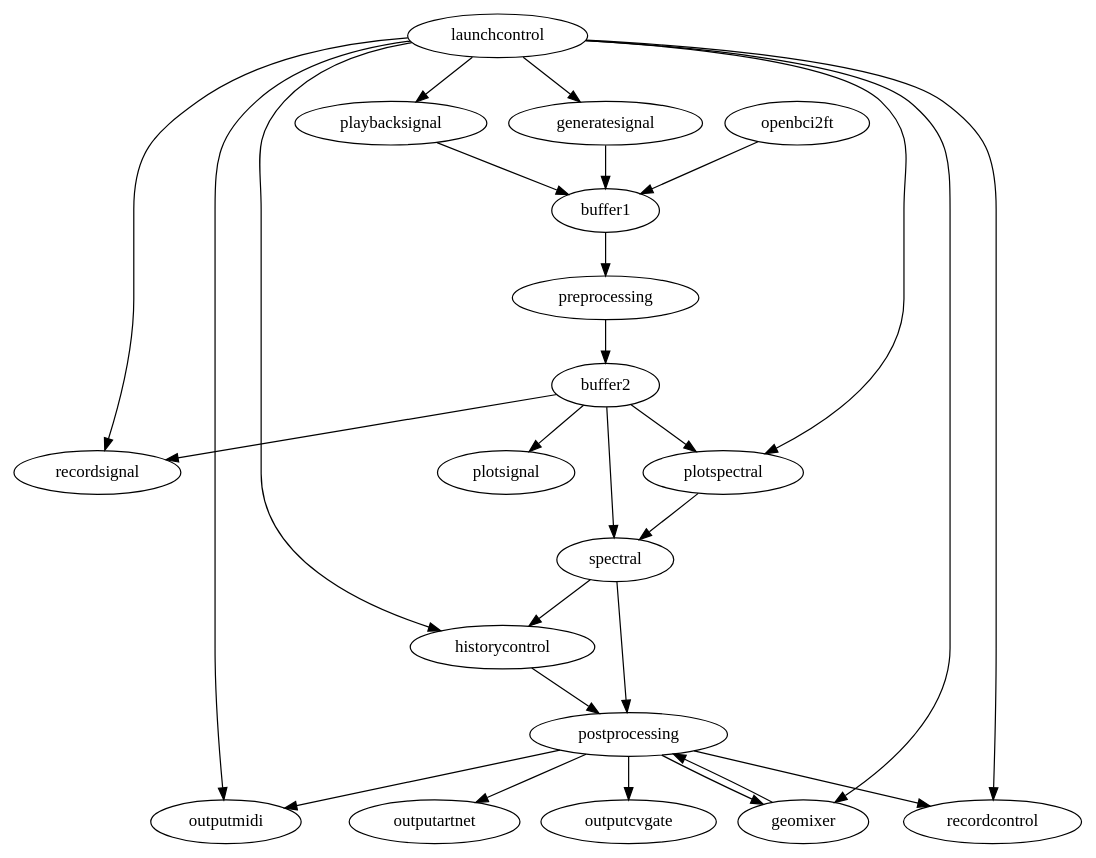
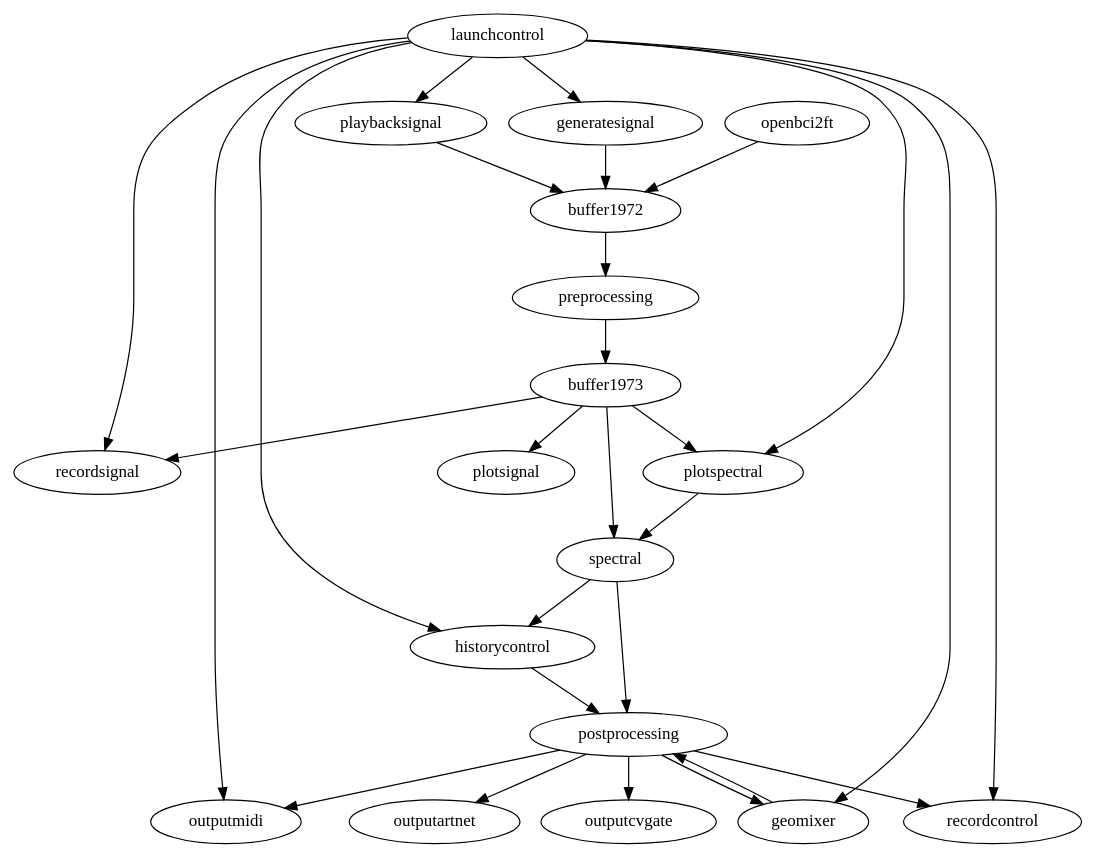
The diagram in patches/gothenburg/patch.dot (eegsynth/eegsynth), drawn with Graphviz before and after one commit. The commit also changed 3 other files, not shown here.

Commit message:
added patch flowchart for kunstkapel patch, small update to the flowchart for gothenburg

```diff
--- a/patches/gothenburg/patch.dot
+++ b/patches/gothenburg/patch.dot
@@ -1,28 +1,27 @@
 # To convert this into a bitmap representation, do this
 #   dot -Tpng -o patch.png patch.dot
 #
 digraph {
-    openbci2ft -> buffer1;
-    generatesignal -> buffer1;
-    playbacksignal -> buffer1;
-    buffer1 -> preprocessing -> buffer2;
-    buffer2 -> plotsignal;
-    buffer2 -> plotspectral;
-    buffer2 -> recordsignal;
-    buffer2 -> spectral -> postprocessing;
+    openbci2ft -> buffer1972;
+    generatesignal -> buffer1972;
+    playbacksignal -> buffer1972;
+    buffer1972 -> preprocessing -> buffer1973;
+    buffer1973 -> plotsignal;
+    buffer1973 -> plotspectral;
+    buffer1973 -> recordsignal;
+    buffer1973 -> spectral -> postprocessing;
     spectral -> historycontrol -> postprocessing;
     plotspectral -> spectral;
     postprocessing -> outputcvgate;
     postprocessing -> geomixer -> postprocessing -> outputmidi;
     postprocessing -> outputartnet;
     postprocessing -> recordcontrol;
     launchcontrol -> generatesignal;
     launchcontrol -> geomixer;
     launchcontrol -> historycontrol;
     launchcontrol -> outputmidi;
     launchcontrol -> playbacksignal;
     launchcontrol -> plotspectral;
     launchcontrol -> recordsignal;
     launchcontrol -> recordcontrol;
-
 }
```
